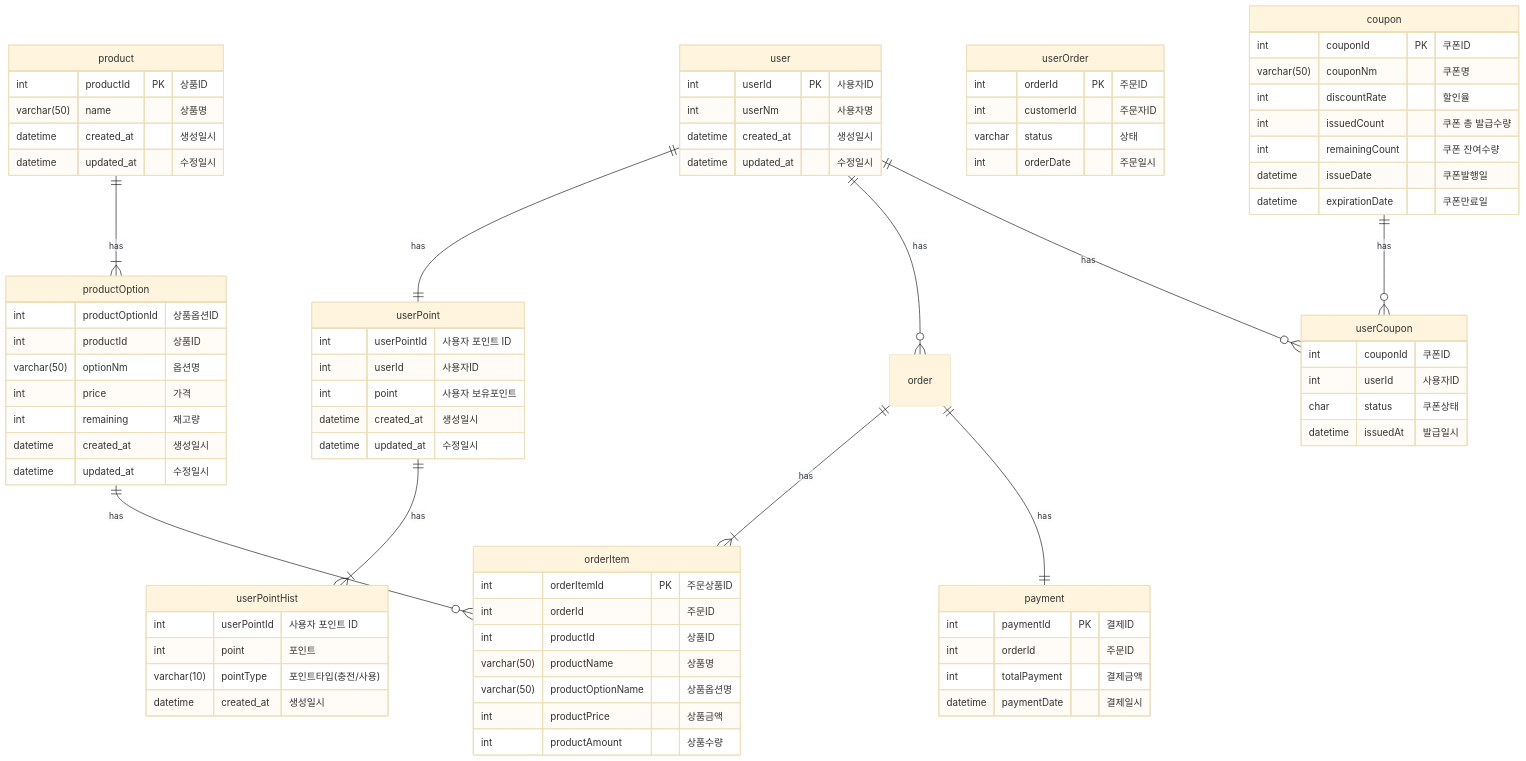
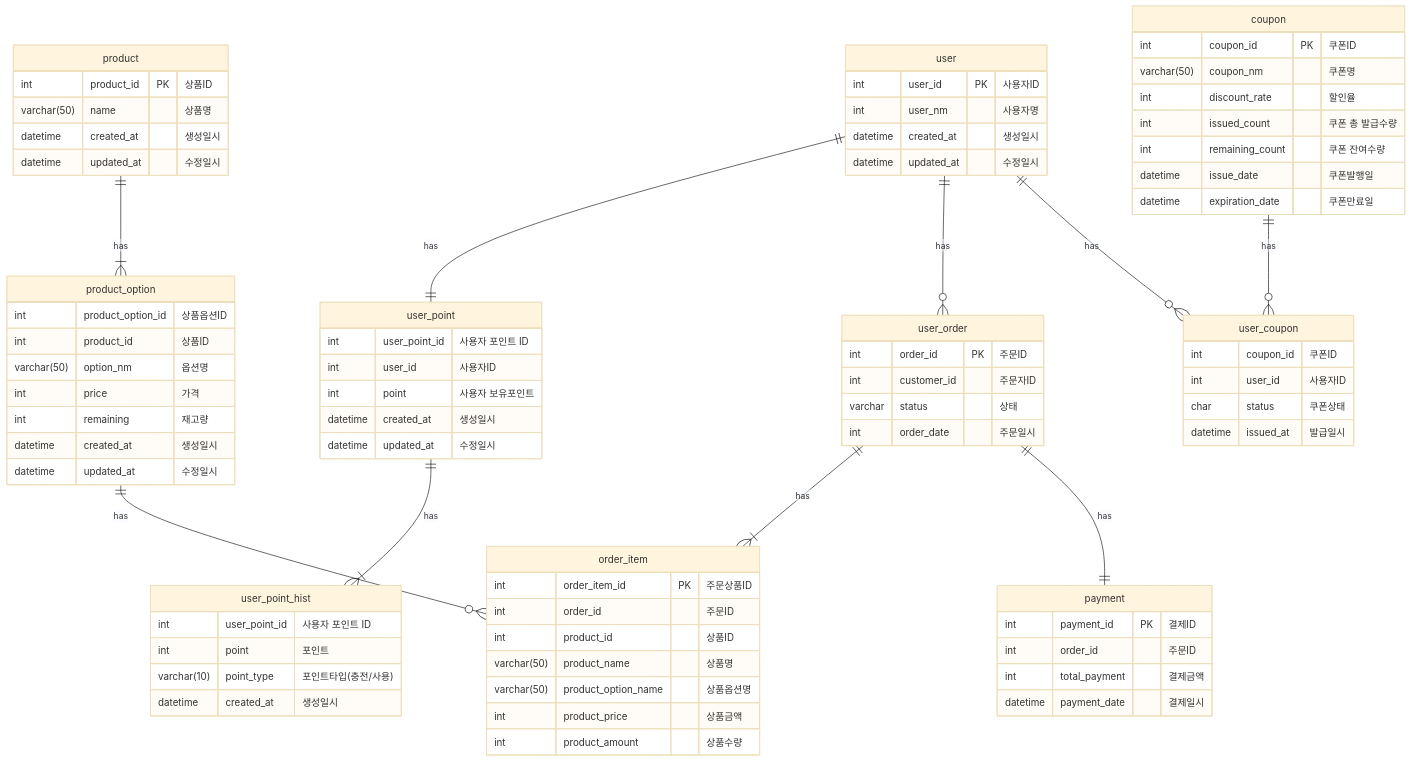
The diagram in docs/erd/Erd.md (OO-b/E-commerce-system), drawn with Mermaid (base theme) before and after one commit.

Commit message:
#15 ERD 변경(테이블명 카멜케이스 -> 스네이크 케이스 변경)

````diff
--- a/docs/erd/Erd.md
+++ b/docs/erd/Erd.md
@@ -4,99 +4,93 @@
 erDiagram
 
     user {
-        int userId PK "사용자ID"
-        int userNm "사용자명"
+        int user_id PK "사용자ID"
+        int user_nm "사용자명"
         datetime created_at "생성일시"
         datetime updated_at "수정일시"
     }
     
-    userPoint {
-        int userPointId "사용자 포인트 ID"
-        int userId "사용자ID"
+    user_point {
+        int user_point_id "사용자 포인트 ID"
+        int user_id "사용자ID"
         int point "사용자 보유포인트"
         datetime created_at "생성일시"
         datetime updated_at "수정일시"
     }
 
-    userPointHist {
-        int userPointId "사용자 포인트 ID"
+    user_point_hist {
+        int user_point_id "사용자 포인트 ID"
         int point "포인트"
-        varchar(10) pointType "포인트타입(충전/사용)"
+        varchar(10) point_type "포인트타입(충전/사용)"
         datetime created_at "생성일시"
     }
 
     product {
-        int productId PK "상품ID"
+        int product_id PK "상품ID"
         varchar(50) name "상품명"
         datetime created_at "생성일시"
         datetime updated_at "수정일시"
     }
 
-    productOption {
-        int productOptionId "상품옵션ID"
-        int productId "상품ID"
-        varchar(50) optionNm "옵션명"
+    product_option {
+        int product_option_id "상품옵션ID"
+        int product_id "상품ID"
+        varchar(50) option_nm "옵션명"
         int price "가격"
         int remaining "재고량"
         datetime created_at "생성일시"
         datetime updated_at "수정일시"
     }
 
-    userOrder {
-        int orderId PK "주문ID"
-        int customerId "주문자ID"
+    user_order {
+        int order_id PK "주문ID"
+        int customer_id "주문자ID"
         varchar status "상태"
-        int orderDate "주문일시"
+        int order_date "주문일시"
     }
     
-    orderItem {
-        int orderItemId PK "주문상품ID"
-        int orderId "주문ID"
-        int productId "상품ID"
-        varchar(50) productName "상품명"
-        varchar(50) productOptionName "상품옵션명"
-        int productPrice "상품금액"
-        int productAmount "상품수량"
+    order_item {
+        int order_item_id PK "주문상품ID"
+        int order_id "주문ID"
+        int product_id "상품ID"
+        varchar(50) product_name "상품명"
+        varchar(50) product_option_name "상품옵션명"
+        int product_price "상품금액"
+        int product_amount "상품수량"
     }
     
     payment {
-        int paymentId PK "결제ID"
-        int orderId "주문ID"
-        int totalPayment "결제금액"
-        datetime paymentDate "결제일시"
+        int payment_id PK "결제ID"
+        int order_id "주문ID"
+        int total_payment "결제금액"
+        datetime payment_date "결제일시"
     }
     
     coupon {
-        int couponId PK "쿠폰ID"
-        varchar(50) couponNm "쿠폰명"
-        int discountRate "할인율"
-        int issuedCount "쿠폰 총 발급수량"
-        int remainingCount "쿠폰 잔여수량"
-        datetime issueDate "쿠폰발행일"
-        datetime expirationDate "쿠폰만료일"
+        int coupon_id PK "쿠폰ID"
+        varchar(50) coupon_nm "쿠폰명"
+        int discount_rate "할인율"
+        int issued_count "쿠폰 총 발급수량"
+        int remaining_count "쿠폰 잔여수량"
+        datetime issue_date "쿠폰발행일"
+        datetime expiration_date "쿠폰만료일"
     }
 
-
-    userCoupon {
-        int couponId "쿠폰ID"
-        int userId "사용자ID"
+    user_coupon {
+        int coupon_id "쿠폰ID"
+        int user_id "사용자ID"
         char status "쿠폰상태"
-        datetime issuedAt "발급일시"
+        datetime issued_at "발급일시"
     }
 
-    user ||--|| userPoint : has
-    user ||--o{ order : has
-    user ||--o{ userCoupon : has
-    order ||--|{ orderItem : has
-    productOption ||--o{ orderItem : has
-    order ||--|| payment : has
-    coupon ||--o{ userCoupon : has
-    product ||--|{ productOption : has
-    userPoint ||--|{ userPointHist : has
-
-
-
-
-
+    user ||--|| user_point : has
+    user ||--o{ user_order : has
+    user ||--o{ user_coupon : has
+    user_order ||--|{ order_item : has
+    product_option ||--o{ order_item : has
+    user_order ||--|| payment : has
+    coupon ||--o{ user_coupon : has
+    product ||--|{ product_option : has
+    user_point ||--|{ user_point_hist : has
 
 ```
````
